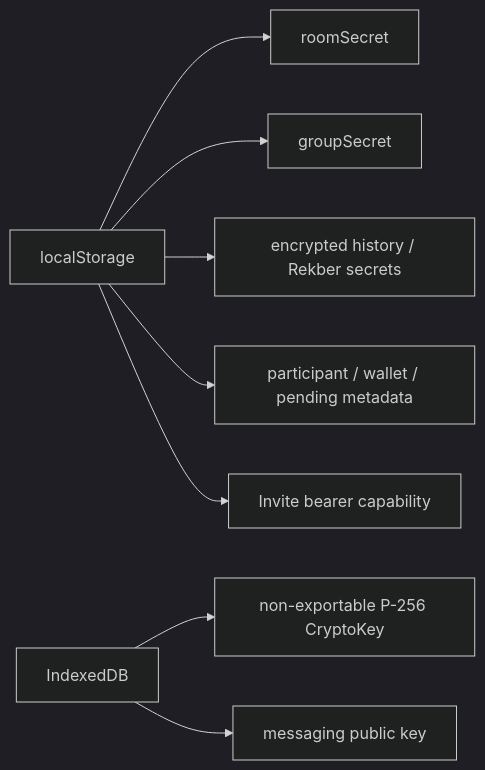
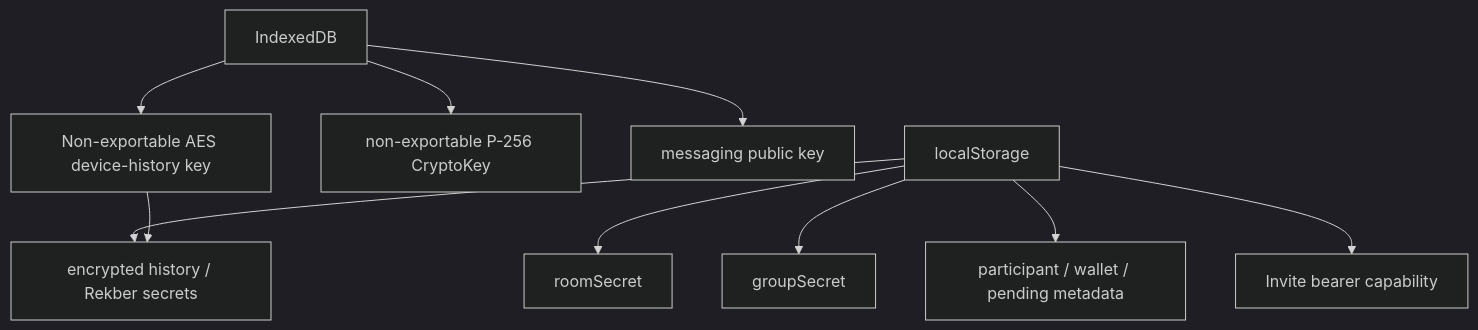
One commit to DXJLabs/vinss changed the second of 9 diagrams in docs/technical/frontend/local-state.md. Above: the diagram before and after it, drawn with Mermaid (dark theme). The commit also changed other lines of this file and 8 other files, not shown here.

Commit message:
docs: refresh messaging architecture, code maps and Mermaid; verify Offer rails

````diff
--- a/docs/technical/frontend/local-state.md
+++ b/docs/technical/frontend/local-state.md
@@ -1283,14 +1273,16 @@
 ```mermaid
-flowchart LR
+flowchart TD
     LS["localStorage"]
     IDB["IndexedDB"]
 
     LS --> ROOM["roomSecret"]
     LS --> GROUP["groupSecret"]
     LS --> CACHE["encrypted history / Rekber secrets"]
     LS --> META["participant / wallet / pending metadata"]
     LS --> INV["Invite bearer capability"]
 
     IDB --> KEY["non-exportable P-256 CryptoKey"]
     IDB --> PUB["messaging public key"]
+    IDB --> DEVICE["Non-exportable AES device-history key"]
+    DEVICE --> CACHE
 ```
````
